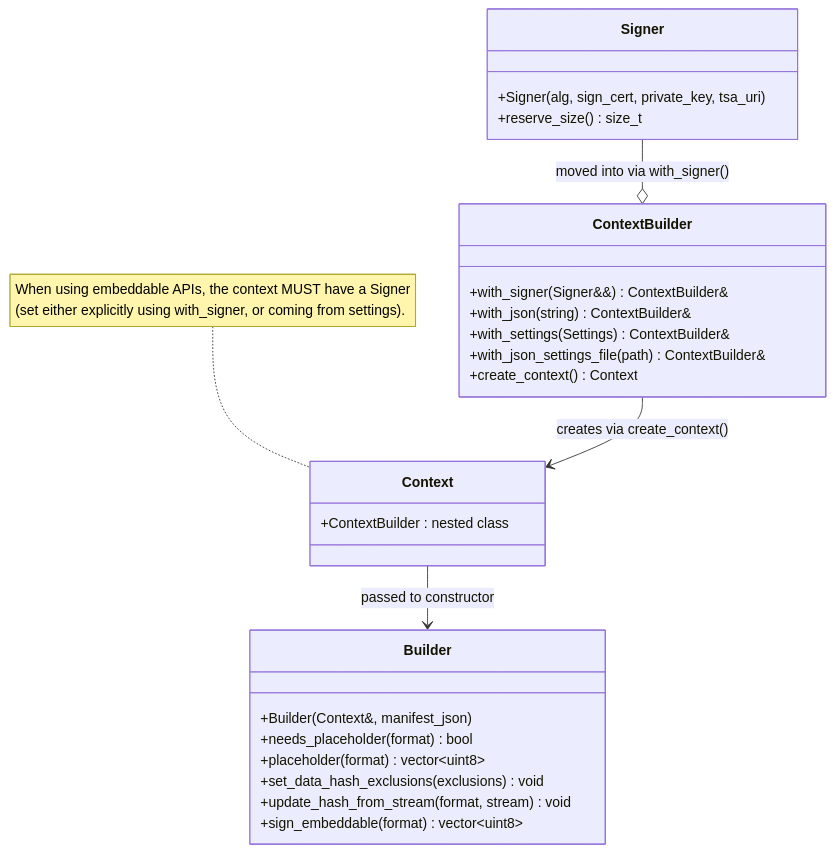
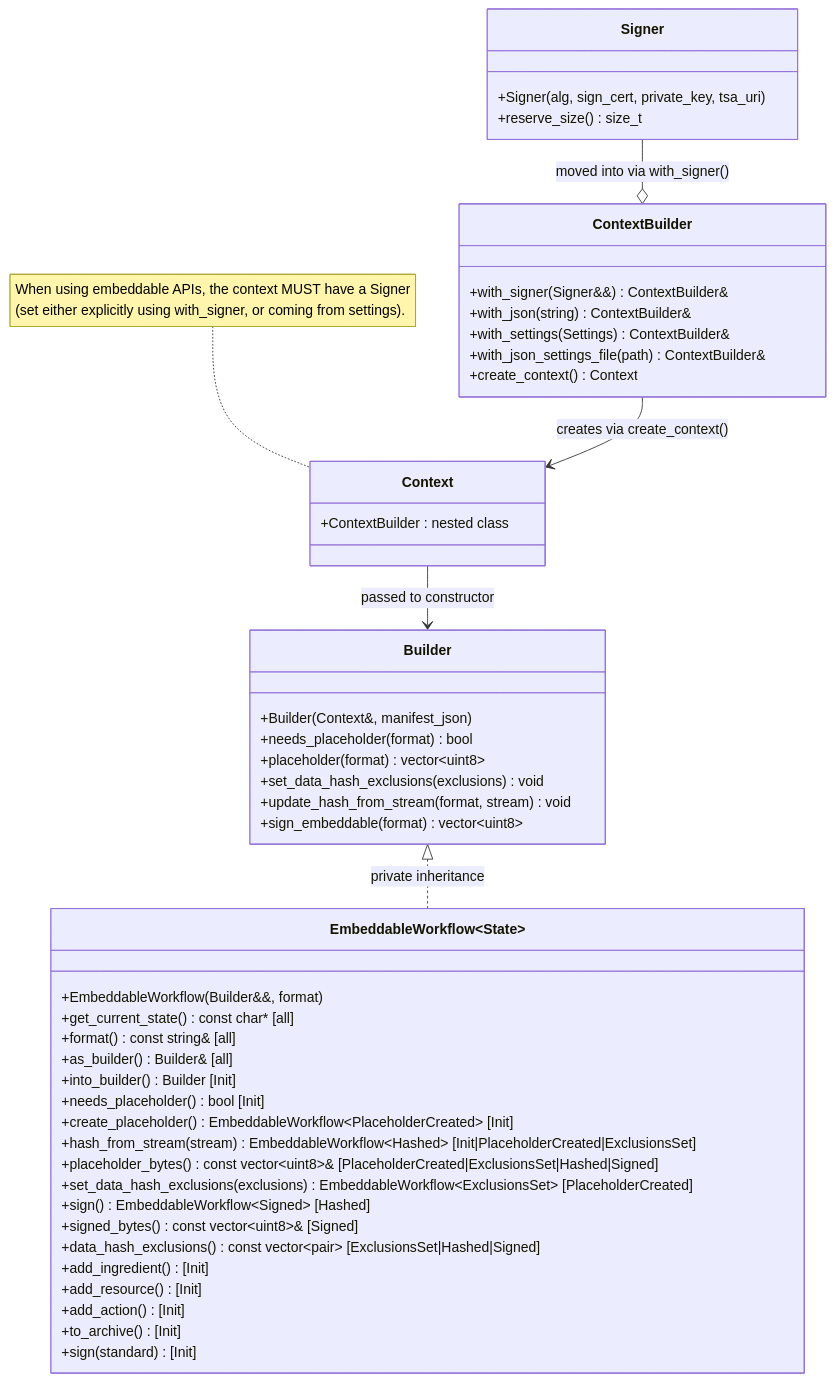
One commit to contentauth/c2pa-c changed the sixth of 7 diagrams in docs/embeddable-api.md. Above: the diagram before and after it, drawn with Mermaid. The commit also changed other lines of this file and 2 other files, not shown here.

````diff
--- a/docs/embeddable-api.md
+++ b/docs/embeddable-api.md
@@ -510,33 +510,56 @@
 ```mermaid
 classDiagram
     class Signer {
         +Signer(alg, sign_cert, private_key, tsa_uri)
         +reserve_size() size_t
     }
 
     class ContextBuilder {
         +with_signer(Signer&&) ContextBuilder&
         +with_json(string) ContextBuilder&
         +with_settings(Settings) ContextBuilder&
         +with_json_settings_file(path) ContextBuilder&
         +create_context() Context
     }
 
     class Context {
         +ContextBuilder : nested class
     }
     note for Context "When using embeddable APIs, the context MUST have a Signer <br> (set either explicitly using with_signer, or coming from settings)."
 
     class Builder {
         +Builder(Context&, manifest_json)
         +needs_placeholder(format) bool
         +placeholder(format) vector~uint8~
         +set_data_hash_exclusions(exclusions) void
         +update_hash_from_stream(format, stream) void
         +sign_embeddable(format) vector~uint8~
     }
 
     Signer --o ContextBuilder : moved into via with_signer()
     ContextBuilder --> Context : creates via create_context()
     Context --> Builder : passed to constructor
+
+    class EmbeddableWorkflow~State~ {
+        +EmbeddableWorkflow(Builder&&, format)
+        +get_current_state() const char* [all]
+        +format() const string& [all]
+        +as_builder() Builder& [all]
+        +into_builder() Builder [Init]
+        +needs_placeholder() bool [Init]
+        +create_placeholder() EmbeddableWorkflow~PlaceholderCreated~ [Init]
+        +hash_from_stream(stream) EmbeddableWorkflow~Hashed~ [Init|PlaceholderCreated|ExclusionsSet]
+        +placeholder_bytes() const vector~uint8~& [PlaceholderCreated|ExclusionsSet|Hashed|Signed]
+        +set_data_hash_exclusions(exclusions) EmbeddableWorkflow~ExclusionsSet~ [PlaceholderCreated]
+        +sign() EmbeddableWorkflow~Signed~ [Hashed]
+        +signed_bytes() const vector~uint8~& [Signed]
+        +data_hash_exclusions() const vector~pair~ [ExclusionsSet|Hashed|Signed]
+        +add_ingredient() [Init]
+        +add_resource() [Init]
+        +add_action() [Init]
+        +to_archive() [Init]
+        +sign(standard) [Init]
+    }
+
+    Builder <|.. EmbeddableWorkflow~State~ : private inheritance
 ```
````
